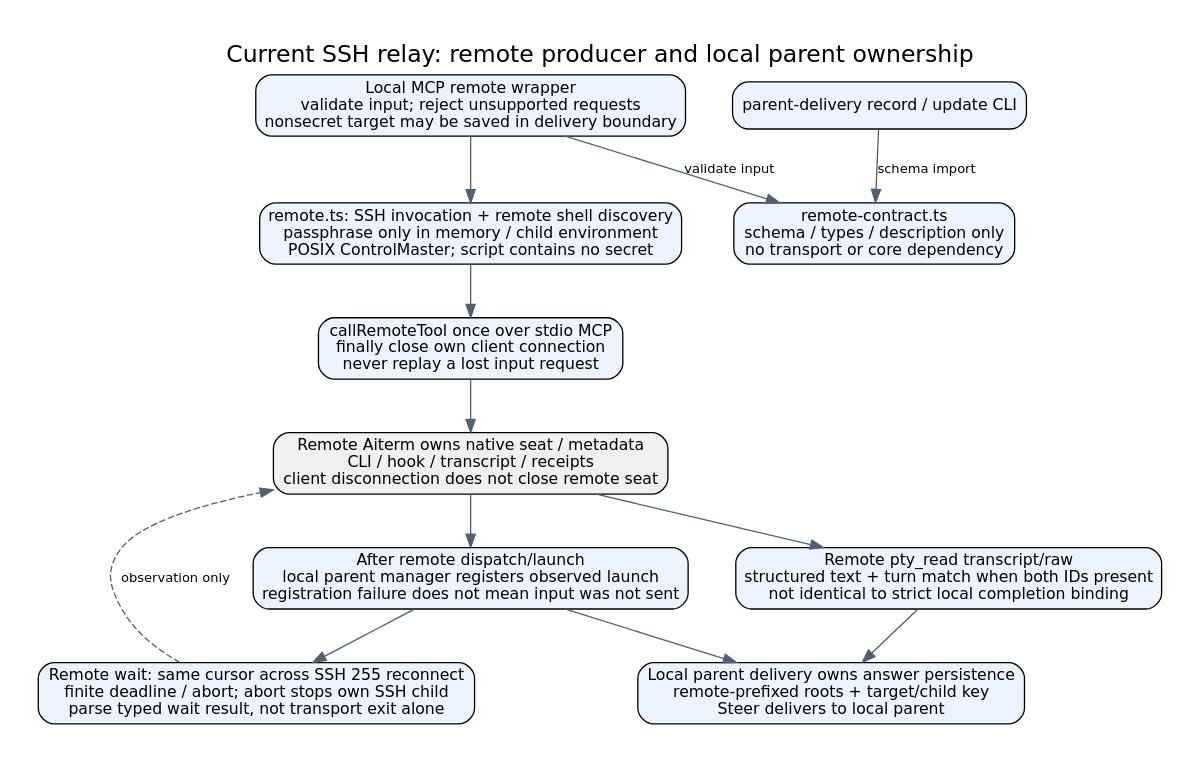
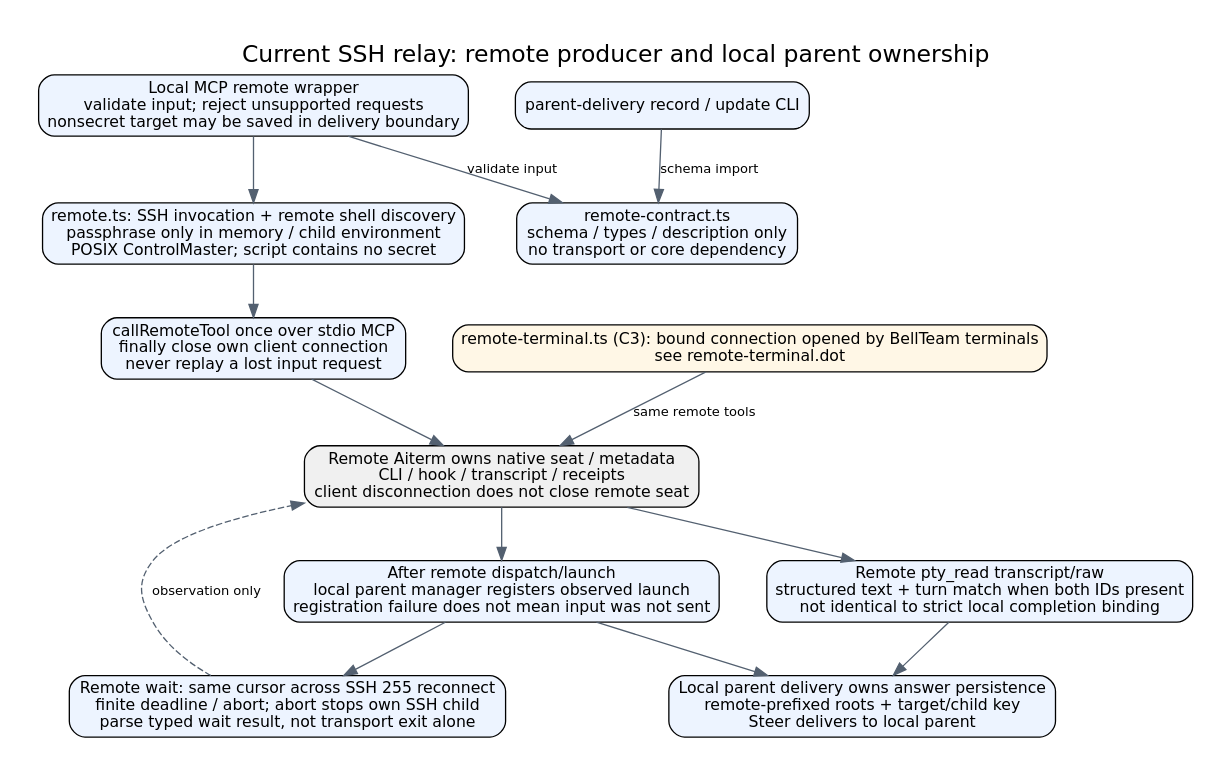
The diagram in docs/architecture/remote.dot (kitepon/aiterm-mcp), drawn with Graphviz before and after one commit. The commit also changed 3 other files, not shown here.

Commit message:
Draw the bound remote terminal adapter (C3/C7/C8) before implementing it

```diff
--- a/docs/architecture/remote.dot
+++ b/docs/architecture/remote.dot
@@ -1,18 +1,20 @@
 digraph remote {
  graph [rankdir=TB,bgcolor="white",pad=0.3,nodesep=0.5,ranksep=0.55,label="Current SSH relay: remote producer and local parent ownership",labelloc=t,fontname="DejaVu Sans",fontsize=18];
  node [shape=box,style="rounded,filled",fillcolor="#edf4ff",fontname="DejaVu Sans",fontsize=12];
  edge [fontname="DejaVu Sans",fontsize=10,color="#536070"];
  ingress [label="Local MCP remote wrapper\nvalidate input; reject unsupported requests\nnonsecret target may be saved in delivery boundary"];
  ssh [label="remote.ts: SSH invocation + remote shell discovery\npassphrase only in memory / child environment\nPOSIX ControlMaster; script contains no secret"];
  call [label="callRemoteTool once over stdio MCP\nfinally close own client connection\nnever replay a lost input request"];
  producer [label="Remote Aiterm owns native seat / metadata\nCLI / hook / transcript / receipts\nclient disconnection does not close remote seat",fillcolor="#f0f0f0"];
  bind [label="After remote dispatch/launch\nlocal parent manager registers observed launch\nregistration failure does not mean input was not sent"];
  wait [label="Remote wait: same cursor across SSH 255 reconnect\nfinite deadline / abort; abort stops own SSH child\nparse typed wait result, not transport exit alone"];
  answer [label="Remote pty_read transcript/raw\nstructured text + turn match when both IDs present\nnot identical to strict local completion binding"];
  parent [label="Local parent delivery owns answer persistence\nremote-prefixed roots + target/child key\nSteer delivers to local parent"];
  contract [label="remote-contract.ts\nschema / types / description only\nno transport or core dependency"];
  record [label="parent-delivery record / update CLI"];
+ bound [label="remote-terminal.ts (C3): bound connection opened by BellTeam terminals\nsee remote-terminal.dot",fillcolor="#fff7e6"];
+ bound -> producer [label="same remote tools"];
  record -> contract [label="schema import"];
  ingress -> contract [label="validate input"];
  ingress -> ssh;ssh -> call;call -> producer;producer -> bind;bind -> wait;wait -> producer [style=dashed,label="observation only"];producer -> answer;answer -> parent;bind -> parent;
 }
```
